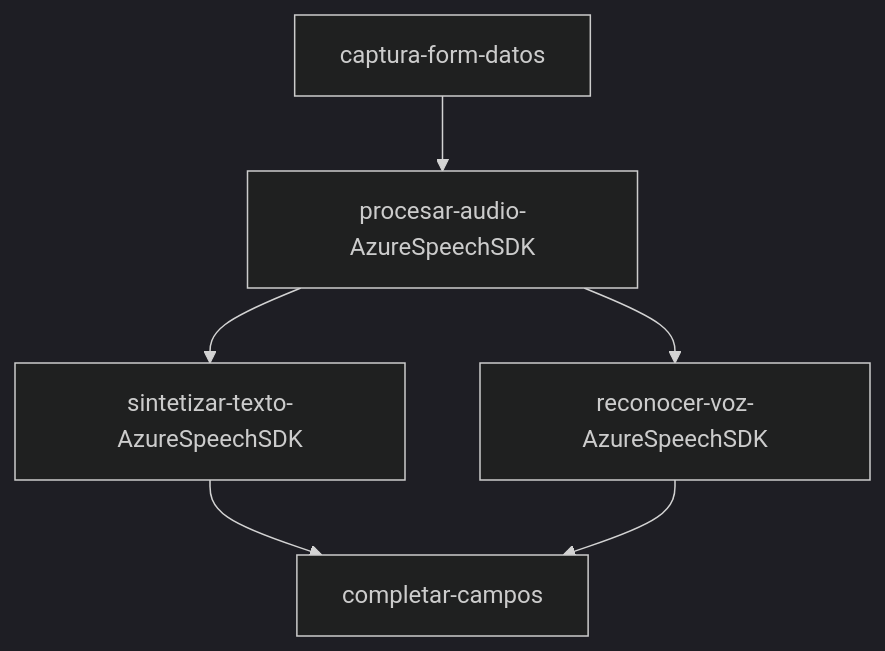
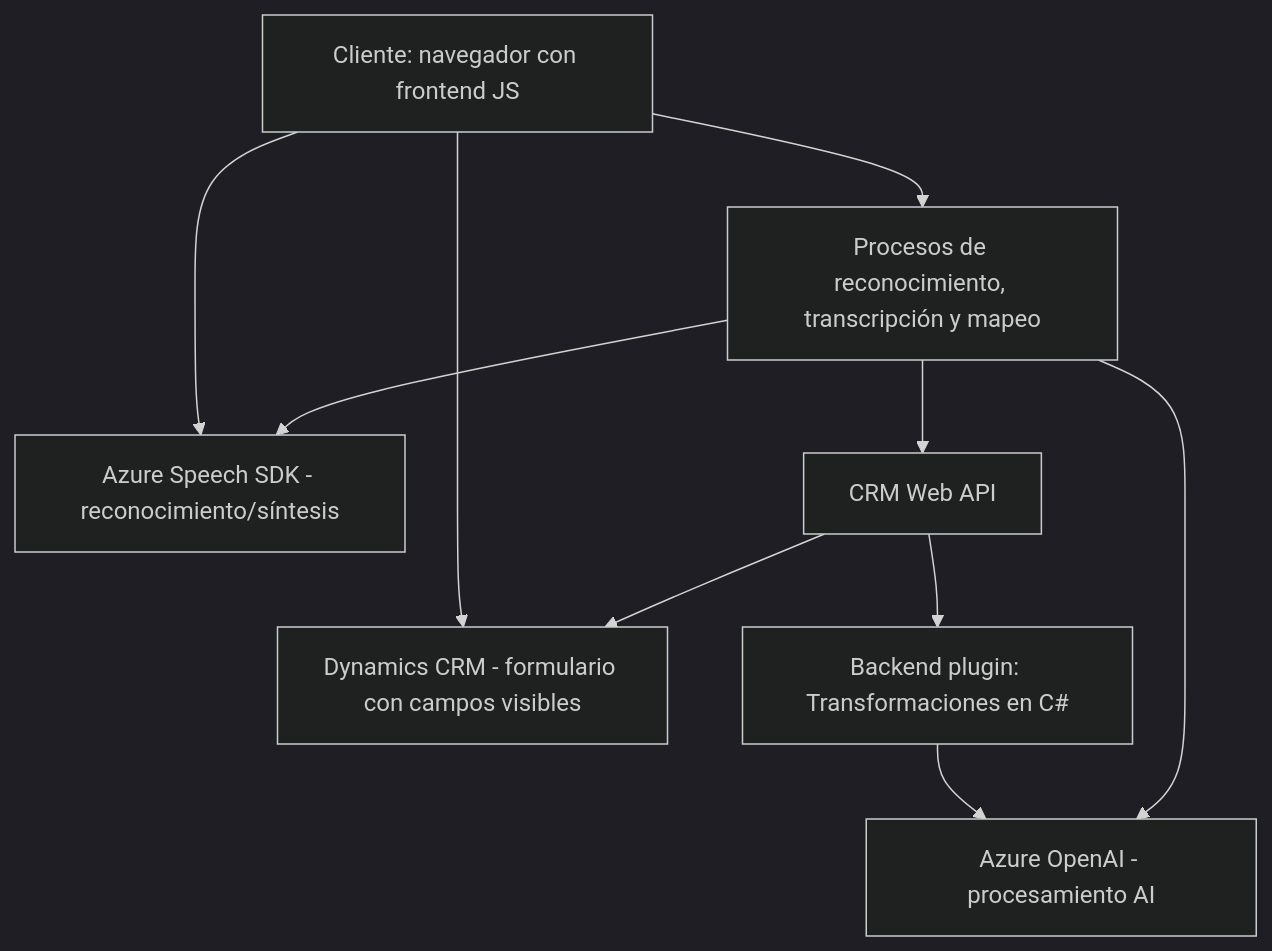
Before and after one commit to blopezdm/NETCORE_BILBAO2025: the diagram in README.md, drawn with Mermaid (dark theme). The commit also changed other lines of this file, not shown here.

Commit message:
Actualizar análisis global de la solución con IA

````diff
--- a/README.md
+++ b/README.md
@@ -43,9 +43,20 @@
 ```mermaid
 graph TD
-    A["captura-form-datos"] --> B["procesar-audio-AzureSpeechSDK"]
-    B --> C["sintetizar-texto-AzureSpeechSDK"]
-    B --> D["reconocer-voz-AzureSpeechSDK"]
-    C --> E["completar-campos"]
+    A["Cliente: navegador con frontend JS"]
+    B["Azure Speech SDK - reconocimiento/síntesis"]
+    C["Dynamics CRM - formulario con campos visibles"]
+    D["Azure OpenAI - procesamiento AI"]
+    E["Backend plugin: Transformaciones en C#"]
+    F["CRM Web API"]
+    G["Procesos de reconocimiento, transcripción y mapeo"]
 
-    D --> E
+    A --> B
+    A --> C
+    A --> G
+    G --> B
+    G --> F
+    F --> C
+    F --> E
+    E --> D
+    G --> D
 ```
````
